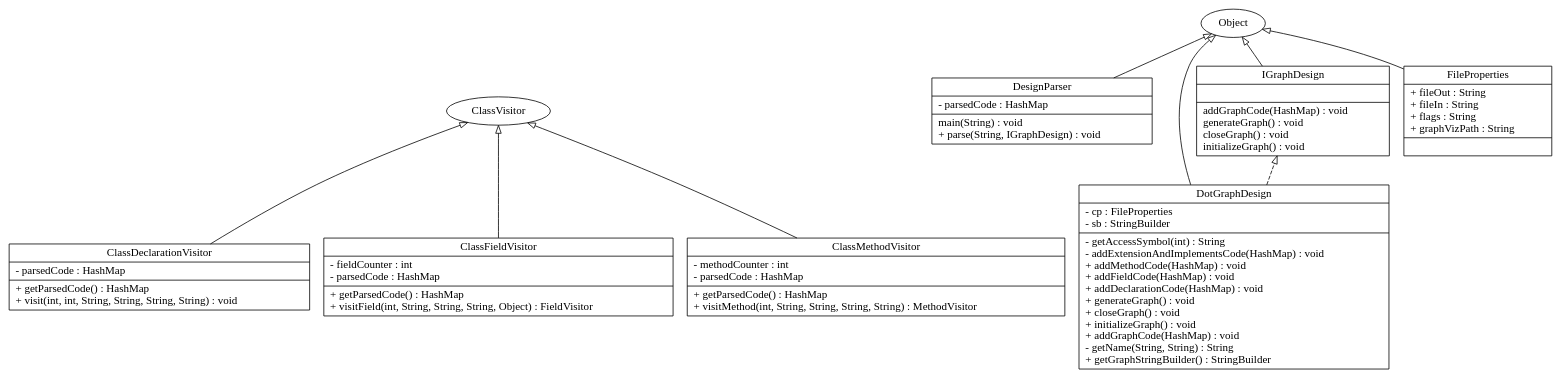
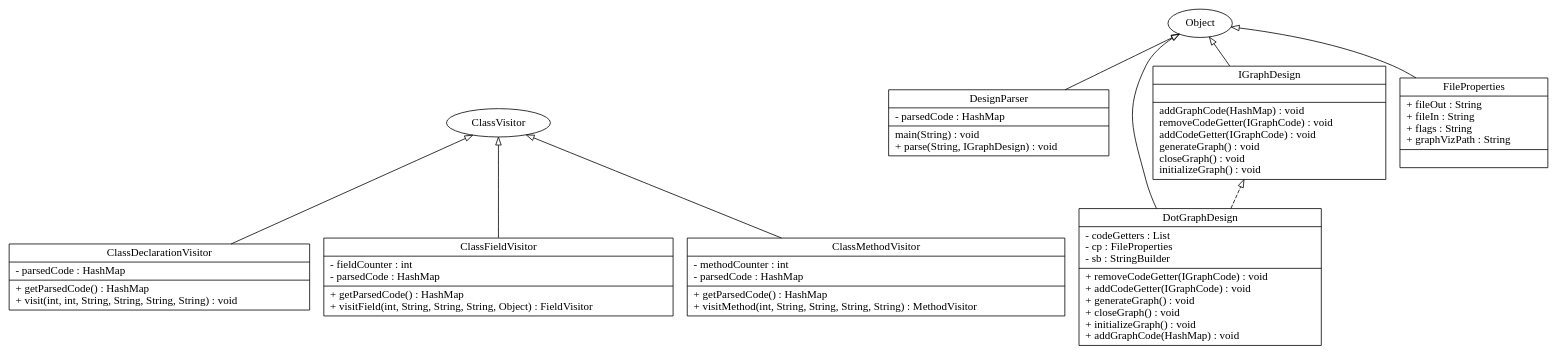
Before and after one commit to JGSquared/374Project: the diagram in input_output/374Project.gv, drawn with Graphviz. The commit also changed 14 other files, not shown here.

Commit message:
Refactored code with altered design

```diff
--- a/input_output/374Project.gv
+++ b/input_output/374Project.gv
@@ -1,24 +1,24 @@
 digraph G{
 rankdir=BT;
 ClassDeclarationVisitor [
 shape="record",
 label = "{ClassDeclarationVisitor|- parsedCode : HashMap\l|+ getParsedCode() : HashMap\l+ visit(int, int, String, String, String, String) : void\l}"
 ];ClassDeclarationVisitor -> ClassVisitor [arrowhead="onormal", style="solid"];ClassFieldVisitor [
 shape="record",
 label = "{ClassFieldVisitor|- fieldCounter : int\l- parsedCode : HashMap\l|+ getParsedCode() : HashMap\l+ visitField(int, String, String, String, Object) : FieldVisitor\l}"
 ];ClassFieldVisitor -> ClassVisitor [arrowhead="onormal", style="solid"];ClassMethodVisitor [
 shape="record",
 label = "{ClassMethodVisitor|- methodCounter : int\l- parsedCode : HashMap\l|+ getParsedCode() : HashMap\l+ visitMethod(int, String, String, String, String) : MethodVisitor\l}"
 ];ClassMethodVisitor -> ClassVisitor [arrowhead="onormal", style="solid"];DesignParser [
 shape="record",
 label = "{DesignParser|- parsedCode : HashMap\l| main(String) : void\l+ parse(String, IGraphDesign) : void\l}"
 ];DesignParser -> Object [arrowhead="onormal", style="solid"];DotGraphDesign [
 shape="record",
-label = "{DotGraphDesign|- cp : FileProperties\l- sb : StringBuilder\l|- getAccessSymbol(int) : String\l- addExtensionAndImplementsCode(HashMap) : void\l+ addMethodCode(HashMap) : void\l+ addFieldCode(HashMap) : void\l+ addDeclarationCode(HashMap) : void\l+ generateGraph() : void\l+ closeGraph() : void\l+ initializeGraph() : void\l+ addGraphCode(HashMap) : void\l- getName(String, String) : String\l+ getGraphStringBuilder() : StringBuilder\l}"
+label = "{DotGraphDesign|- codeGetters : List\l- cp : FileProperties\l- sb : StringBuilder\l|+ removeCodeGetter(IGraphCode) : void\l+ addCodeGetter(IGraphCode) : void\l+ generateGraph() : void\l+ closeGraph() : void\l+ initializeGraph() : void\l+ addGraphCode(HashMap) : void\l}"
 ];DotGraphDesign -> Object [arrowhead="onormal", style="solid"];DotGraphDesign -> IGraphDesign [arrowhead="onormal", style="dashed"];FileProperties [
 shape="record",
 label = "{FileProperties|+ fileOut : String\l+ fileIn : String\l+ flags : String\l+ graphVizPath : String\l|}"
 ];FileProperties -> Object [arrowhead="onormal", style="solid"];IGraphDesign [
 shape="record",
-label = "{IGraphDesign|| addGraphCode(HashMap) : void\l generateGraph() : void\l closeGraph() : void\l initializeGraph() : void\l}"
+label = "{IGraphDesign|| addGraphCode(HashMap) : void\l removeCodeGetter(IGraphCode) : void\l addCodeGetter(IGraphCode) : void\l generateGraph() : void\l closeGraph() : void\l initializeGraph() : void\l}"
 ];IGraphDesign -> Object [arrowhead="onormal", style="solid"];}
```
